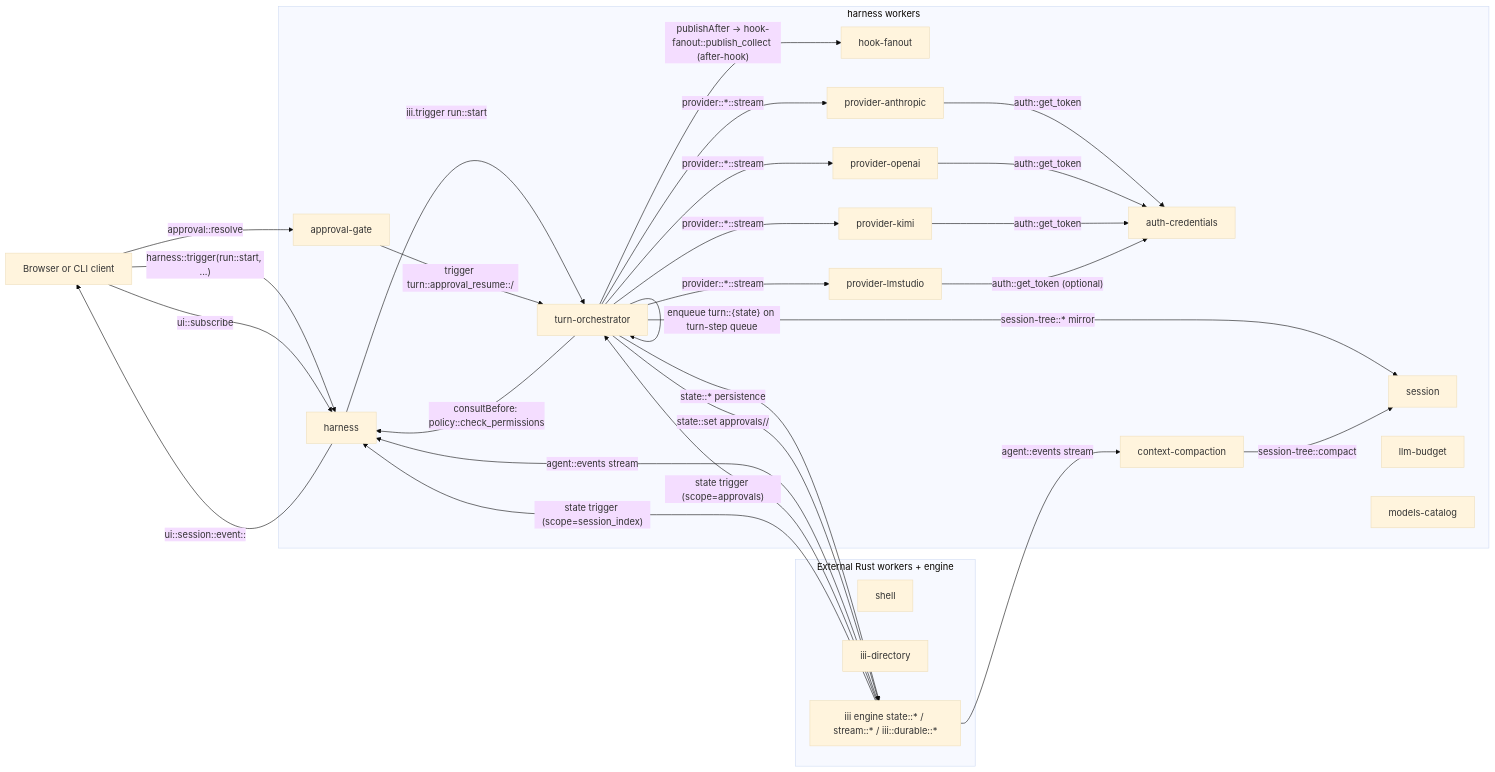
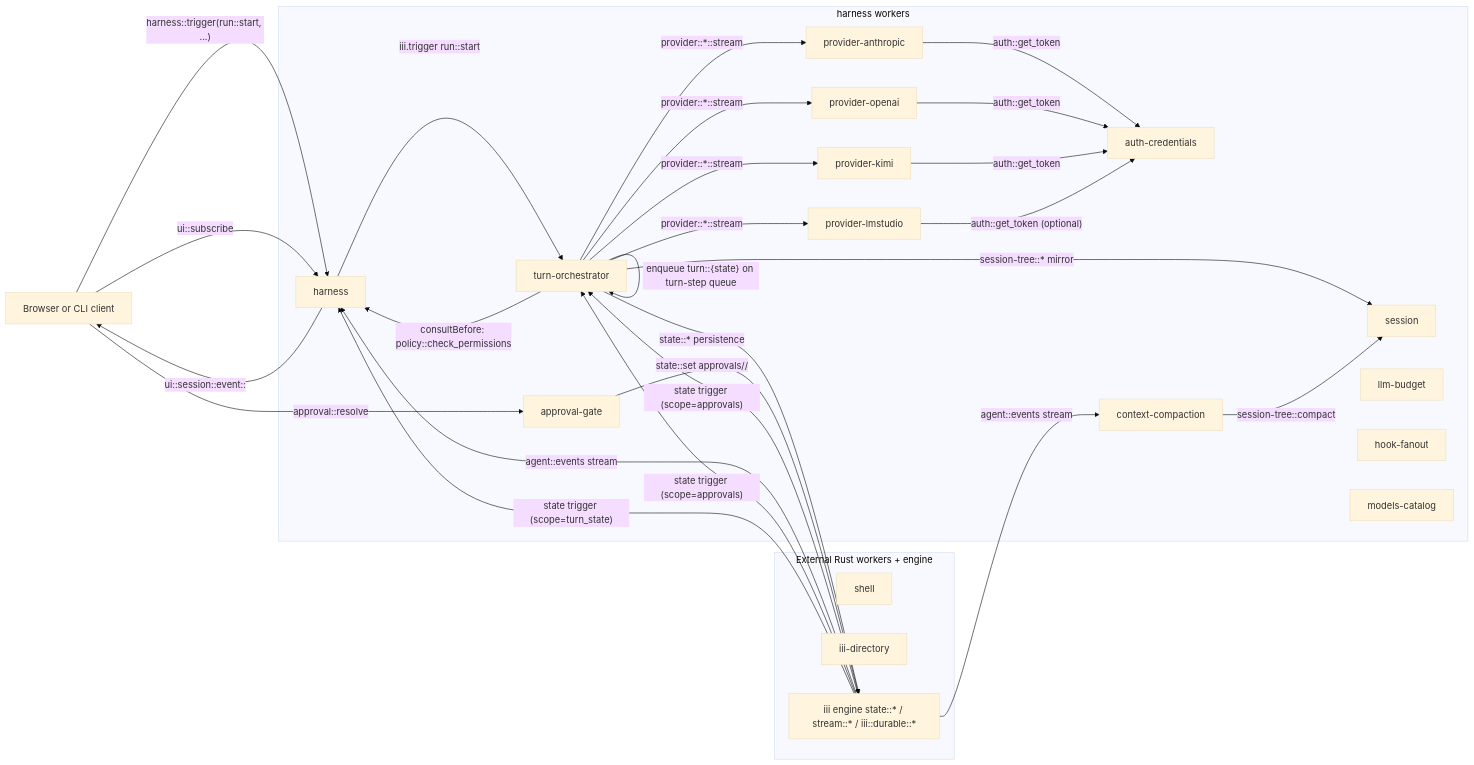
The first of 5 diagrams in harness/docs/architecture.md (iii-hq/workers), drawn with Mermaid (base theme) before and after one commit. The commit also changed other lines of this file and 102 other files, not shown here.

````diff
--- a/harness/docs/architecture.md
+++ b/harness/docs/architecture.md
@@ -37,56 +37,55 @@
 ```mermaid
 flowchart LR
   client[Browser or CLI client]
 
   subgraph harnessNode [harness workers]
     harness[harness]
     turnOrch[turn-orchestrator]
     approval[approval-gate]
     session[session]
     budget[llm-budget]
     hook[hook-fanout]
     auth[auth-credentials]
     models[models-catalog]
     provAnth[provider-anthropic]
     provOAI[provider-openai]
     provKimi[provider-kimi]
     provLms[provider-lmstudio]
     compact[context-compaction]
   end
 
   subgraph external [External Rust workers + engine]
     shell[shell]
     directory[iii-directory]
     state["iii engine state::* / stream::* / iii::durable::*"]
   end
 
   client -- "harness::trigger(run::start, ...)" --> harness
   harness -- "iii.trigger run::start" --> turnOrch
   client -- "ui::subscribe" --> harness
 
   turnOrch -- "provider::*::stream" --> provAnth
   turnOrch -- "provider::*::stream" --> provOAI
   turnOrch -- "provider::*::stream" --> provKimi
   turnOrch -- "provider::*::stream" --> provLms
   turnOrch -- "consultBefore: policy::check_permissions" --> harness
-  turnOrch -- "publishAfter → hook-fanout::publish_collect (after-hook)" --> hook
   turnOrch -- "session-tree::* mirror" --> session
   turnOrch -- "state::* persistence" --> state
 
   client -- "approval::resolve" --> approval
-  approval -- "trigger turn::approval_resume::<sid>/<cid>" --> turnOrch
-  turnOrch -- "state::set approvals/<sid>/<cid>" --> state
+  approval -- "state::set approvals/<sid>/<cid>" --> state
+  state -- "state trigger (scope=approvals)" --> turnOrch
   turnOrch -- "enqueue turn::{state} on turn-step queue" --> turnOrch
 
   provAnth -- "auth::get_token" --> auth
   provOAI -- "auth::get_token" --> auth
   provKimi -- "auth::get_token" --> auth
   provLms -- "auth::get_token (optional)" --> auth
 
   state -- "agent::events stream" --> harness
   state -- "agent::events stream" --> compact
   state -- "state trigger (scope=approvals)" --> turnOrch
-  state -- "state trigger (scope=session_index)" --> harness
+  state -- "state trigger (scope=turn_state)" --> harness
   harness -- "ui::session::event::<browser_id>" --> client
   compact -- "session-tree::compact" --> session
 ```
````
